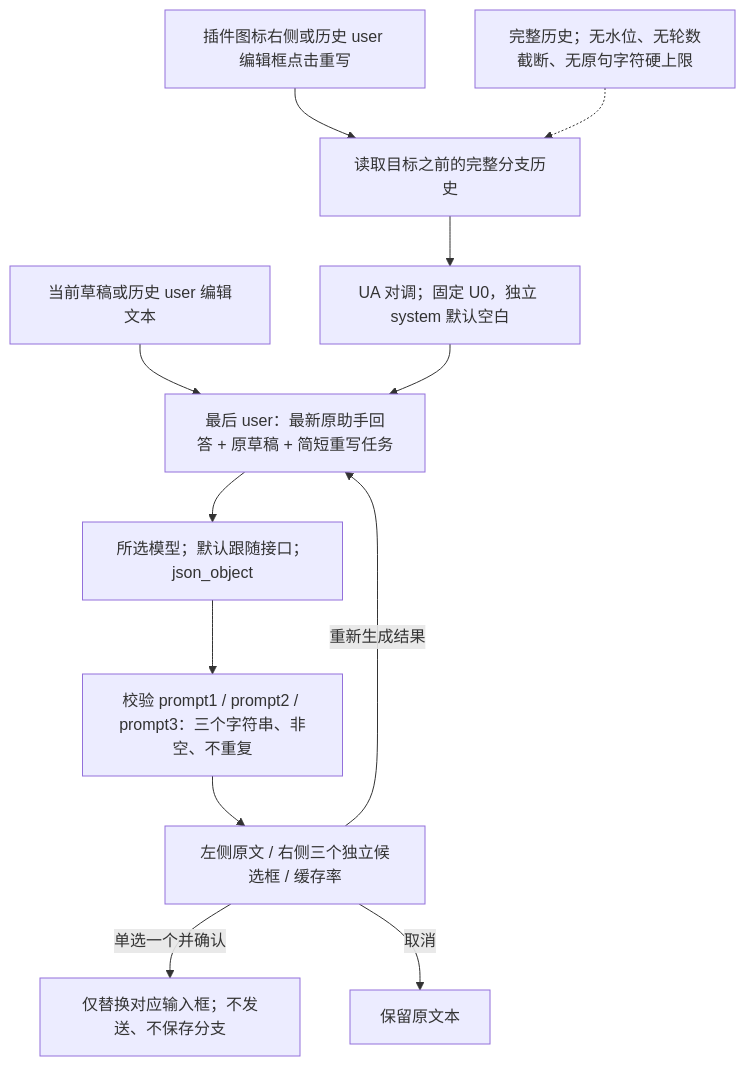
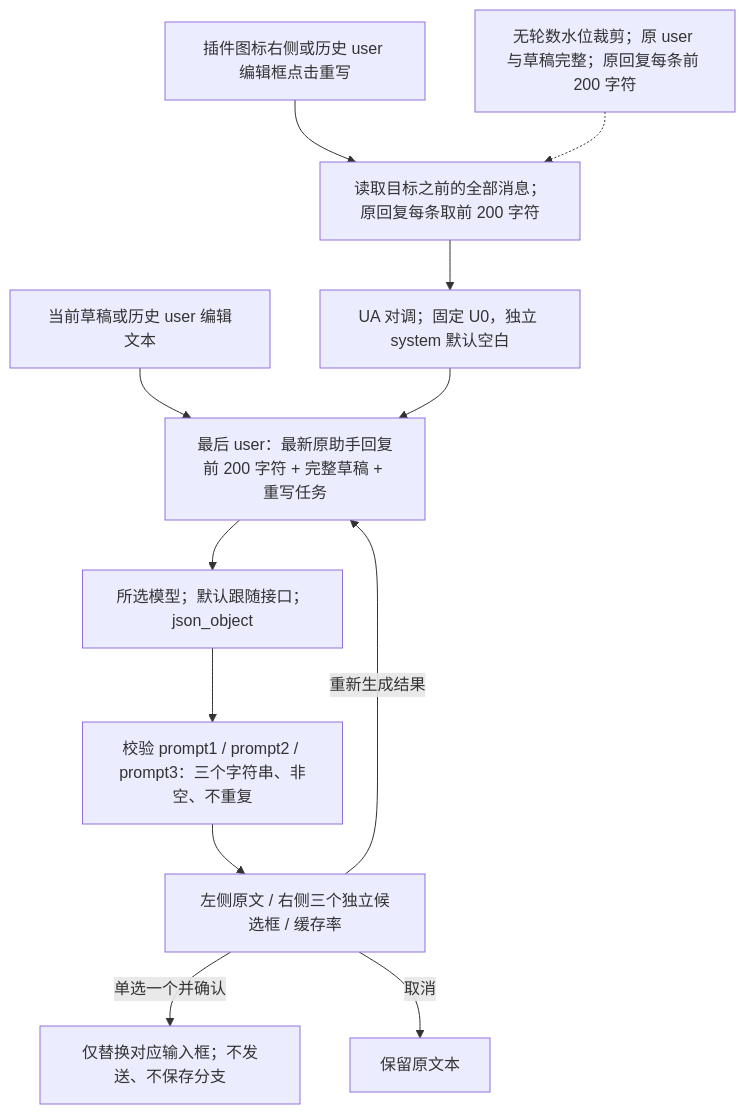
One commit to ccawmiku/workers-chat changed the sixth of 7 diagrams in docs/PLUGINS.md. Above: the diagram before and after it, drawn with Mermaid. The commit also changed other lines of this file and 6 other files, not shown here.

````diff
--- a/docs/PLUGINS.md
+++ b/docs/PLUGINS.md
@@ -312,14 +320,14 @@
 ```mermaid
 flowchart TD
-    Click[插件图标右侧或历史 user 编辑框点击重写] --> History[读取目标之前的完整分支历史]
+    Click[插件图标右侧或历史 user 编辑框点击重写] --> History[读取目标之前的全部消息；原回复每条取前 200 字符]
     History --> Swap[UA 对调；固定 U0，独立 system 默认空白]
-    Draft[当前草稿或历史 user 编辑文本] --> Tail[最后 user：最新原助手回答 + 原草稿 + 简短重写任务]
+    Draft[当前草稿或历史 user 编辑文本] --> Tail[最后 user：最新原助手回复前 200 字符 + 完整草稿 + 重写任务]
     Swap --> Tail
     Tail --> Model[所选模型；默认跟随接口；json_object]
     Model --> Validate[校验 prompt1 / prompt2 / prompt3：三个字符串、非空、不重复]
     Validate --> Review[左侧原文 / 右侧三个独立候选框 / 缓存率]
     Review -->|重新生成结果| Tail
     Review -->|单选一个并确认| Replace[仅替换对应输入框；不发送、不保存分支]
     Review -->|取消| Keep[保留原文本]
-    Water[完整历史；无水位、无轮数截断、无原句字符硬上限] -.-> History
+    Water[无轮数水位裁剪；原 user 与草稿完整；原回复每条前 200 字符] -.-> History
 ```
````
